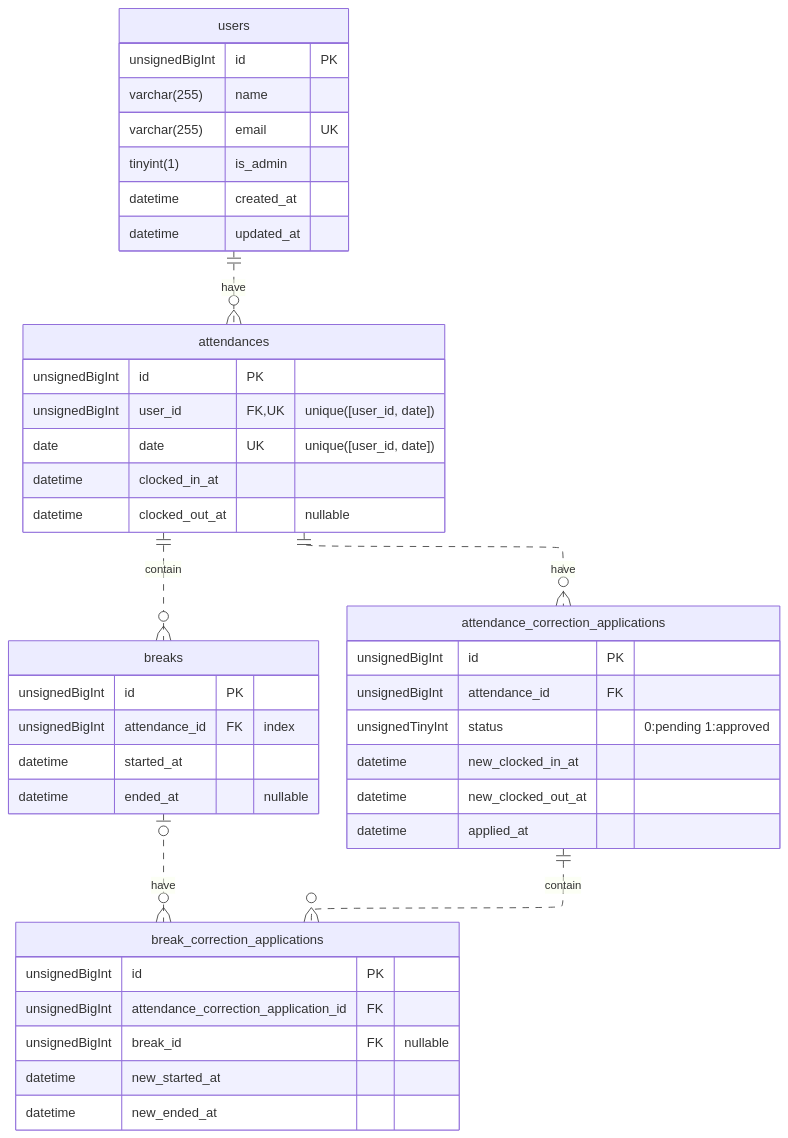
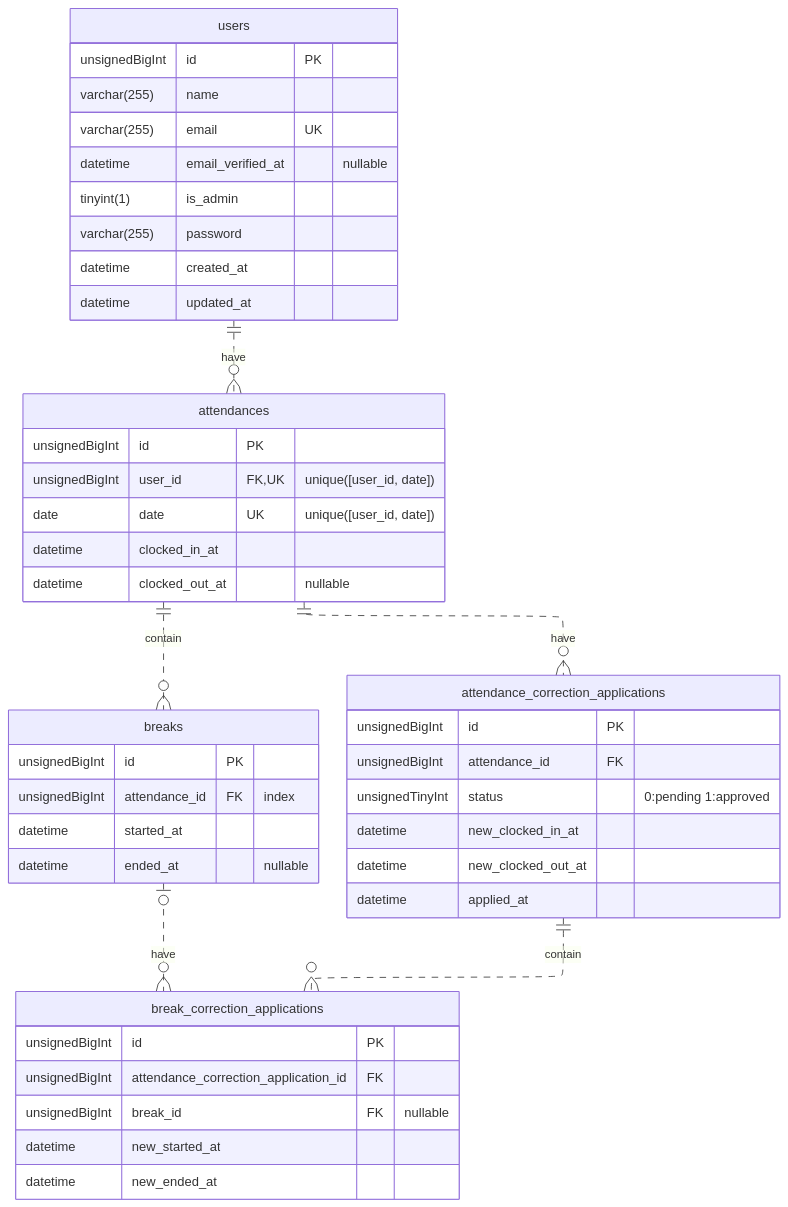
The diagram in README.md (sangwon-lee302/time-and-attendance), drawn with Mermaid before and after one commit. The commit also changed 1 other file, not shown here.

Commit message:
feat: fix users table schema #3
- Fix users table schema to match ER diagram.

````diff
--- a/README.md
+++ b/README.md
@@ -17,53 +17,55 @@
 ```mermaid
 ---
 config:
     layout: elk
 ---
 erDiagram
     users ||..o{ attendances: "have"
     attendances ||..o{ breaks: "contain"
     attendances ||..o{ attnd-corrections: "have"
     attnd-corrections ||..o{ break-corrections: "contain"
     breaks |o..o{ break-corrections: "have"
 
     users {
         unsignedBigInt id PK
         varchar(255) name
         varchar(255) email UK
+        datetime email_verified_at "nullable"
         tinyint(1) is_admin
+        varchar(255) password
         datetime created_at
         datetime updated_at
     }
 
     attendances {
         unsignedBigInt id PK
         unsignedBigInt user_id FK, UK "unique([user_id, date])"
         date date UK "unique([user_id, date])"
         datetime clocked_in_at
         datetime clocked_out_at "nullable"
     }
 
     breaks {
         unsignedBigInt id PK
         unsignedBigInt attendance_id FK "index"
         datetime started_at
         datetime ended_at "nullable"
     }
 
     attnd-corrections["attendance_correction_applications"] {
         unsignedBigInt id PK
         unsignedBigInt attendance_id FK
         unsignedTinyInt status "0:pending 1:approved"
         datetime new_clocked_in_at
         datetime new_clocked_out_at
         datetime applied_at
     }
 
     break-corrections["break_correction_applications"] {
         unsignedBigInt id PK
         unsignedBigInt attendance_correction_application_id FK
         unsignedBigInt break_id FK "nullable"
         datetime new_started_at
         datetime new_ended_at
     }
 ```
````
